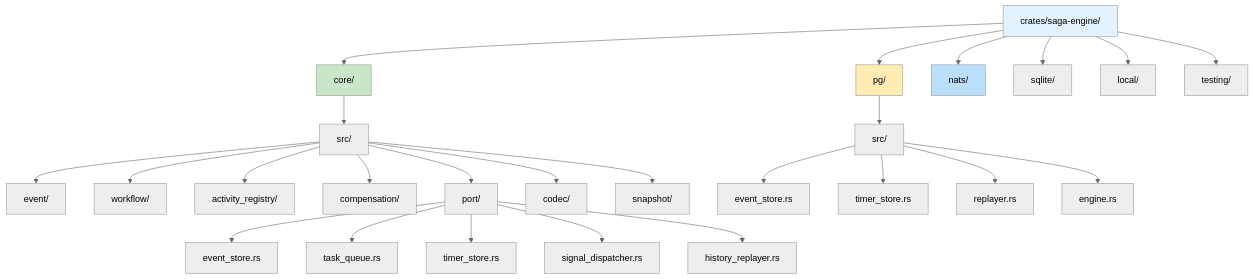
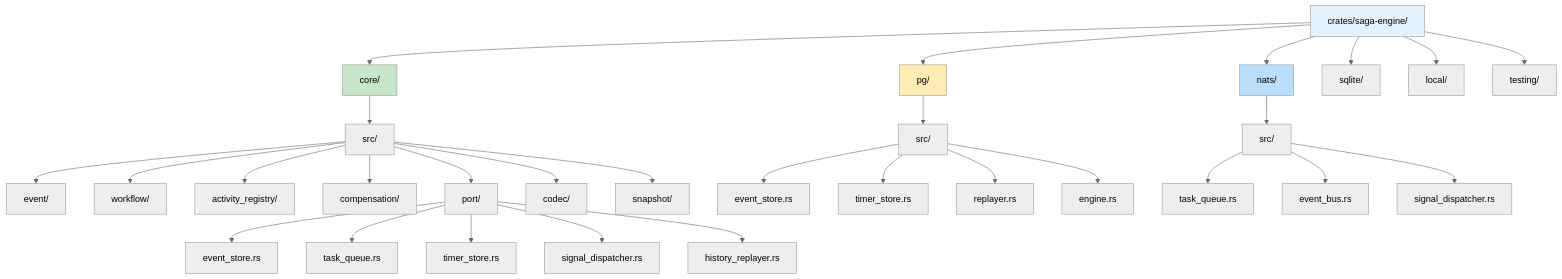
One commit to Rubentxu/hodei-jobs changed the fourth of 27 diagrams in docs/manuales/SAGA_ENGINE_DIAGRAMS_en.md. Above: the diagram before and after it, drawn with Mermaid (neutral theme). The commit also changed other lines of this file and 7 other files, not shown here.

````diff
--- a/docs/manuales/SAGA_ENGINE_DIAGRAMS_en.md
+++ b/docs/manuales/SAGA_ENGINE_DIAGRAMS_en.md
@@ -142,37 +241,42 @@
 ```mermaid
 graph TD
     root[crates/saga-engine/]
     
     root --> core[core/]
     root --> pg[pg/]
     root --> nats[nats/]
     root --> sqlite[sqlite/]
     root --> local[local/]
     root --> testing[testing/]
     
     core --> core_src[src/]
     core_src --> event[event/]
     core_src --> workflow[workflow/]
     core_src --> activity[activity_registry/]
     core_src --> compensation[compensation/]
     core_src --> port[port/]
     core_src --> codec[codec/]
     core_src --> snapshot[snapshot/]
     
     port --> es[event_store.rs]
     port --> tq[task_queue.rs]
     port --> ts[timer_store.rs]
     port --> sd[signal_dispatcher.rs]
     port --> hr[history_replayer.rs]
     
     pg --> pg_src[src/]
     pg_src --> es_pg[event_store.rs]
     pg_src --> ts_pg[timer_store.rs]
     pg_src --> rp[replayer.rs]
     pg_src --> eng[engine.rs]
     
+    nats --> nats_src[src/]
+    nats_src --> tq_nats[task_queue.rs]
+    nats_src --> eb[event_bus.rs]
+    nats_src --> sd_nats[signal_dispatcher.rs]
+    
     style root fill:#e3f2fd
     style core fill:#c8e6c9
     style pg fill:#ffecb3
     style nats fill:#bbdefb
 ```
````
